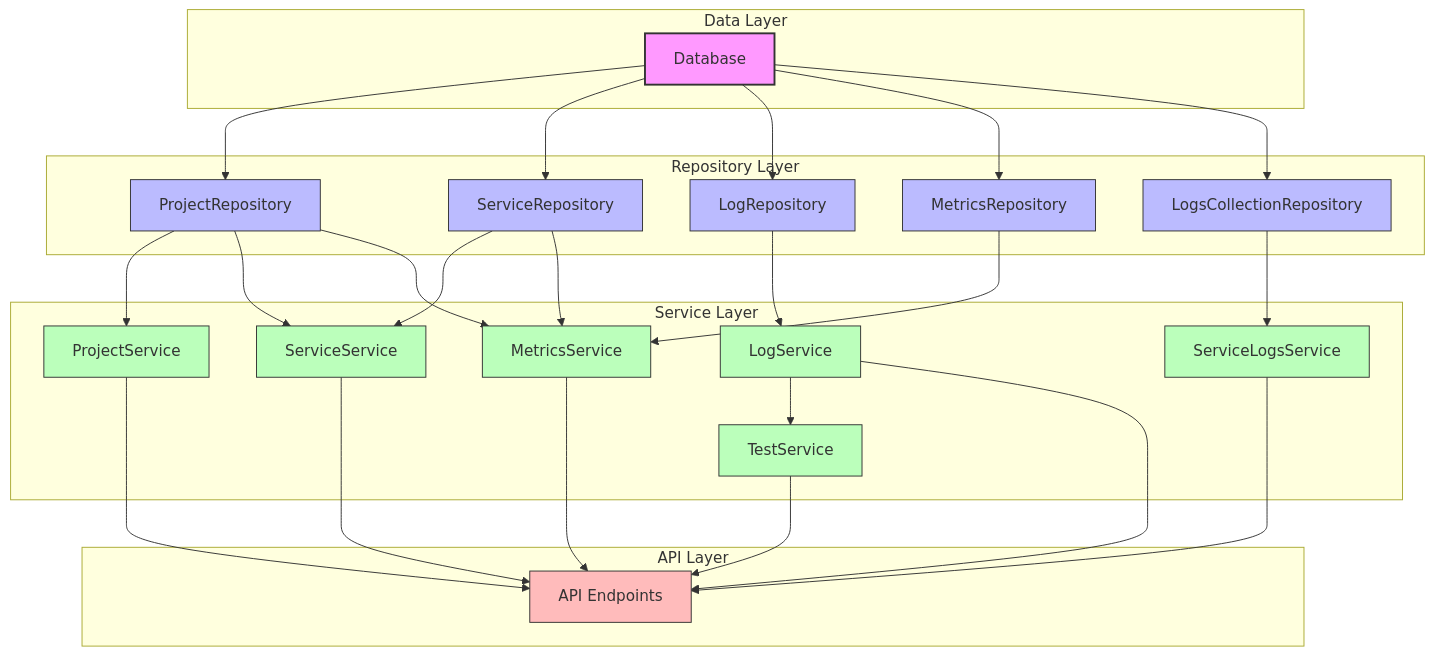
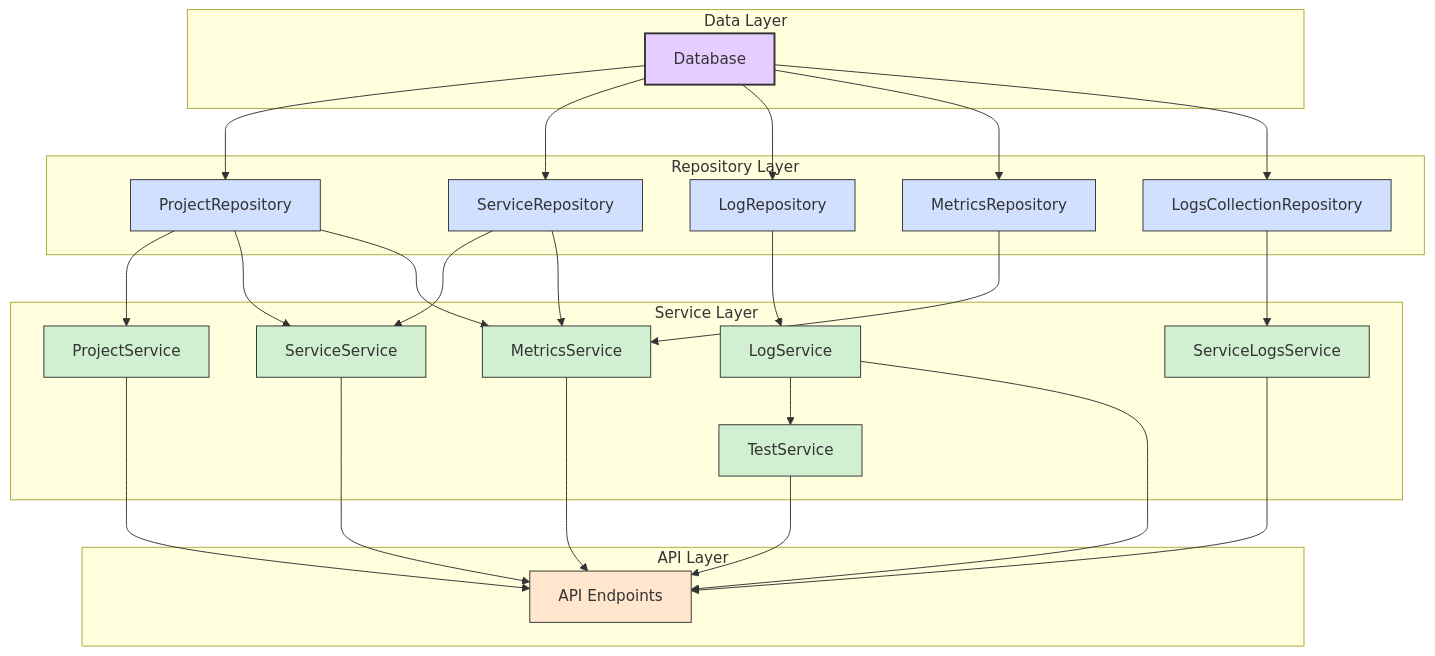
One commit to siriknikita/poly-micro-backend changed the third of 3 diagrams in docs/architecture.md. Above: the diagram before and after it, drawn with Mermaid. The commit also changed other lines of this file, not shown here.

Commit message:
docs: Update architecture docs

````diff
--- a/docs/architecture.md
+++ b/docs/architecture.md
@@ -256,69 +289,69 @@
 ```mermaid
 graph TD
     %% Database
     DB[Database] --> PR
     DB --> SR
     DB --> LR
     DB --> MR
     DB --> LCR
     
     %% Repositories
     PR[ProjectRepository] --> PS[ProjectService]
     PR --> SS[ServiceService]
     PR --> MS[MetricsService]
     
     SR[ServiceRepository] --> SS
     SR --> MS
     
     LR[LogRepository] --> LS[LogService]
     
     MR[MetricsRepository] --> MS
     
     LCR[LogsCollectionRepository] --> SLS[ServiceLogsService]
     
     %% Services
     LS --> TS[TestService]
     
     %% API Routes (implied)
     PS --> API[API Endpoints]
     SS --> API
     LS --> API
     MS --> API
     SLS --> API
     TS --> API
     
     subgraph Data Layer
         DB
     end
     
     subgraph Repository Layer
         PR
         SR
         LR
         MR
         LCR
     end
     
     subgraph Service Layer
         PS
         SS
         LS
         MS
         SLS
         TS
     end
     
     subgraph API Layer
         API
     end
     
-    classDef database fill:#f9f,stroke:#333,stroke-width:2px
-    classDef repository fill:#bbf,stroke:#333,stroke-width:1px
-    classDef service fill:#bfb,stroke:#333,stroke-width:1px
-    classDef api fill:#fbb,stroke:#333,stroke-width:1px
+    classDef database fill:#e6ccff,stroke:#333,stroke-width:2px
+    classDef repository fill:#d1e0ff,stroke:#333,stroke-width:1px
+    classDef service fill:#d1f0d1,stroke:#333,stroke-width:1px
+    classDef api fill:#ffe6cc,stroke:#333,stroke-width:1px
     
     class DB database
     class PR,SR,LR,MR,LCR repository
     class PS,SS,LS,MS,SLS,TS service
     class API api
 ```
````
